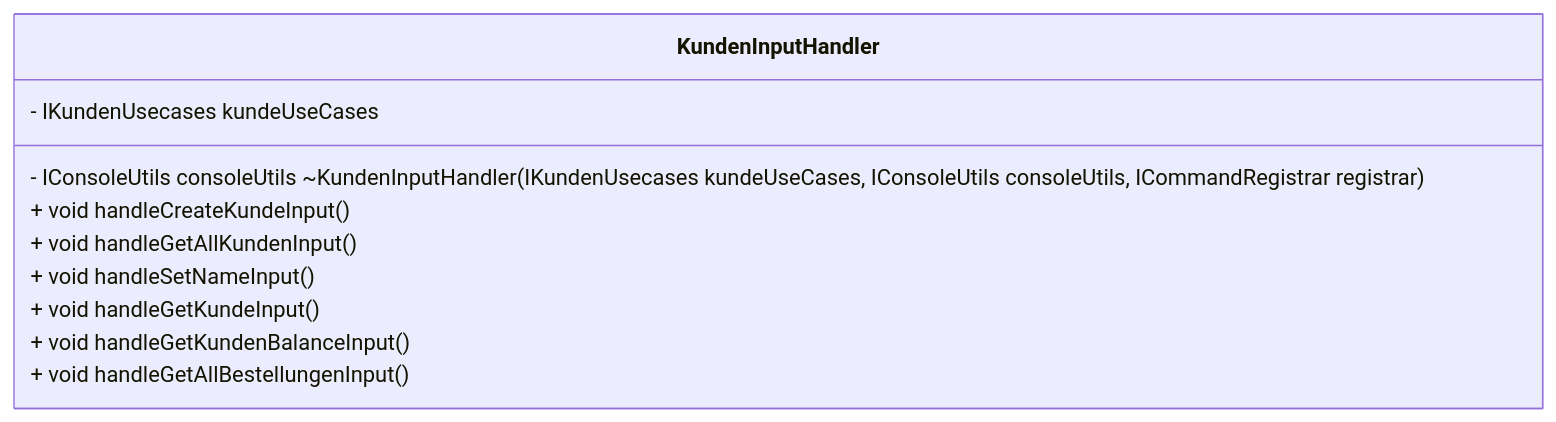
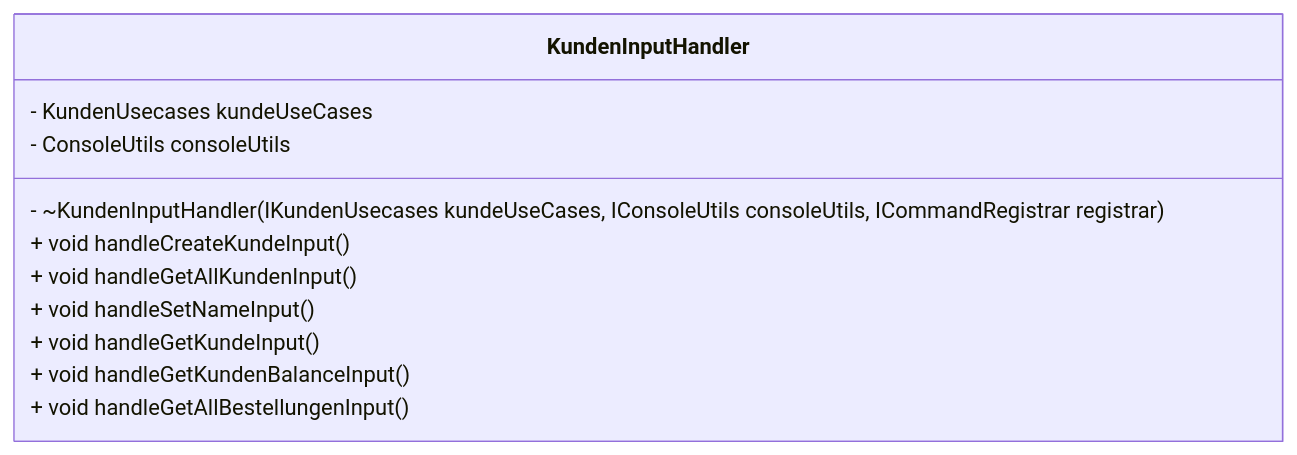
One commit to Gamagu/ase_getraenke changed the tenth of 17 diagrams in README.md. Above: the diagram before and after it, drawn with Mermaid. The commit also changed other lines of this file, not shown here.

````diff
--- a/README.md
+++ b/README.md
@@ -309,13 +394,14 @@
 ```mermaid 
 	classDiagram 
 		class KundenInputHandler { 
-			- IKundenUsecases kundeUseCases 
-			- IConsoleUtils consoleUtils ~KundenInputHandler(IKundenUsecases kundeUseCases, IConsoleUtils consoleUtils, ICommandRegistrar registrar) 
+			- KundenUsecases kundeUseCases 
+			- ConsoleUtils consoleUtils
+			- ~KundenInputHandler(IKundenUsecases kundeUseCases, IConsoleUtils consoleUtils, ICommandRegistrar registrar) 
 			+ void handleCreateKundeInput() 
 			+ void handleGetAllKundenInput() 
 			+ void handleSetNameInput() 
 			+ void handleGetKundeInput() 
 			+ void handleGetKundenBalanceInput() 
 			+ void handleGetAllBestellungenInput() 
 		} 
 ```
````
